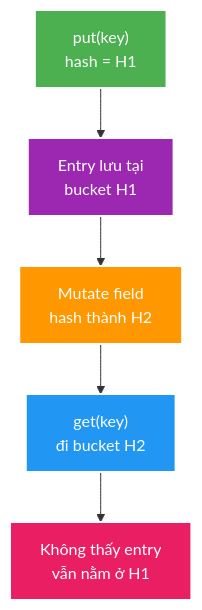
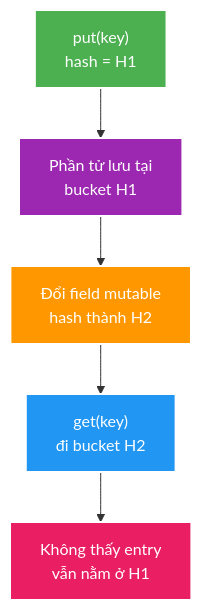
Before and after one commit to HungPhan200591/live-stream-backend: the first of 2 diagrams in docs/learning/topics/java/theory/deep-dives/equality-erasure-variance-and-mutable-keys.md, drawn with Mermaid. The commit also changed other lines of this file and 177 other files, not shown here.

````diff
--- a/docs/learning/topics/java/theory/deep-dives/equality-erasure-variance-and-mutable-keys.md
+++ b/docs/learning/topics/java/theory/deep-dives/equality-erasure-variance-and-mutable-keys.md
@@ -30,13 +30,13 @@
 ```mermaid
 flowchart TB
-    A["put(key)<br/>hash = H1"] --> B["Entry lưu tại<br/>bucket H1"]
-    B --> C["Mutate field<br/>hash thành H2"]
+    A["put(key)<br/>hash = H1"] --> B["Phần tử lưu tại<br/>bucket H1"]
+    B --> C["Đổi field mutable<br/>hash thành H2"]
     C --> D["get(key)<br/>đi bucket H2"]
     D --> E["Không thấy entry<br/>vẫn nằm ở H1"]
 
     style A fill:#4CAF50,stroke:#fff,stroke-width:2px,color:#fff
     style B fill:#9C27B0,stroke:#fff,stroke-width:2px,color:#fff
     style C fill:#FF9800,stroke:#fff,stroke-width:2px,color:#fff
     style D fill:#2196F3,stroke:#fff,stroke-width:2px,color:#fff
     style E fill:#E91E63,stroke:#fff,stroke-width:2px,color:#fff
 ```
````
